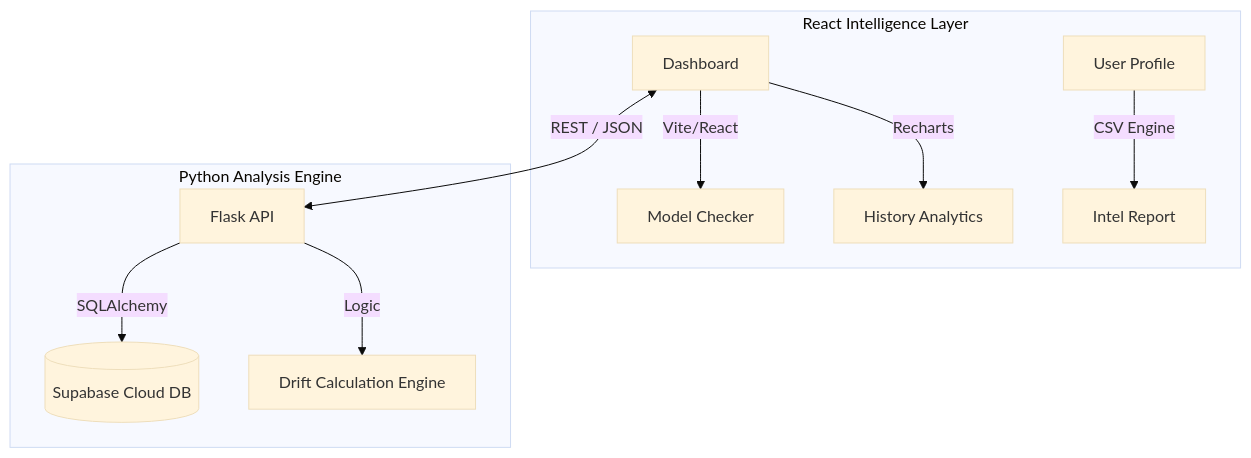
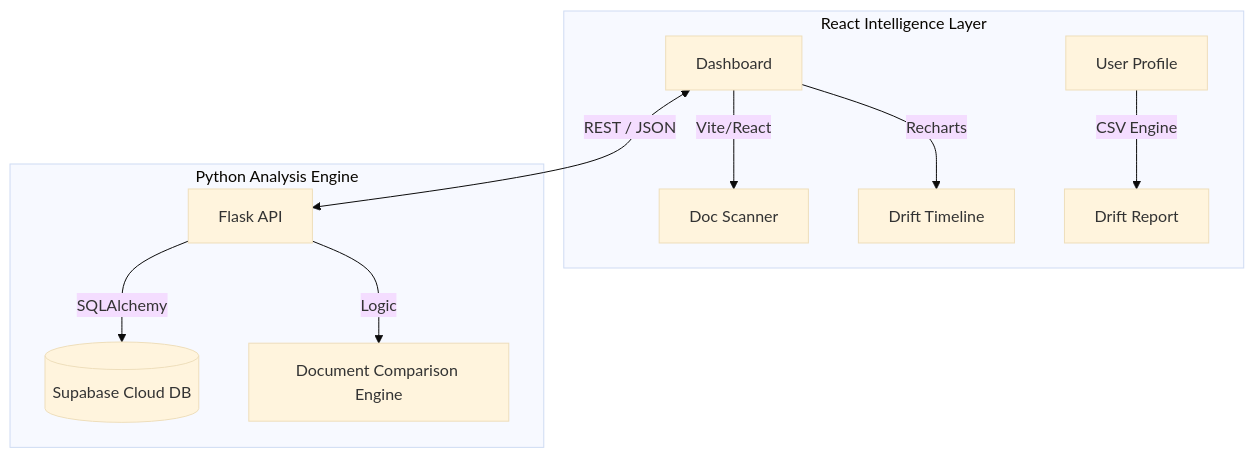
The diagram in README.md (sinchanamanjunath75/AI-KDD), drawn with Mermaid (base theme) before and after one commit. The commit also changed other lines of this file and 23 other files, not shown here.

````diff
--- a/README.md
+++ b/README.md
@@ -16,15 +16,15 @@
 ```mermaid
 graph TD
     subgraph Frontend [React Intelligence Layer]
-        A[Dashboard] -->|Vite/React| B[Model Checker]
-        A -->|Recharts| C[History Analytics]
-        D[User Profile] -->|CSV Engine| E[Intel Report]
+        A[Dashboard] -->|Vite/React| B[Doc Scanner]
+        A -->|Recharts| C[Drift Timeline]
+        D[User Profile] -->|CSV Engine| E[Drift Report]
     end
 
     subgraph Backend [Python Analysis Engine]
         F[Flask API] -->|SQLAlchemy| G[(Supabase Cloud DB)]
-        F -->|Logic| H[Drift Calculation Engine]
+        F -->|Logic| H[Document Comparison Engine]
     end
 
     A <-->|REST / JSON| F
 ```
````
